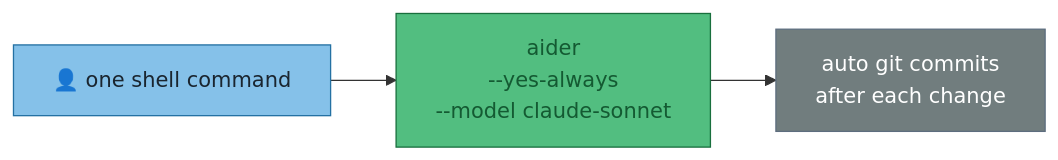
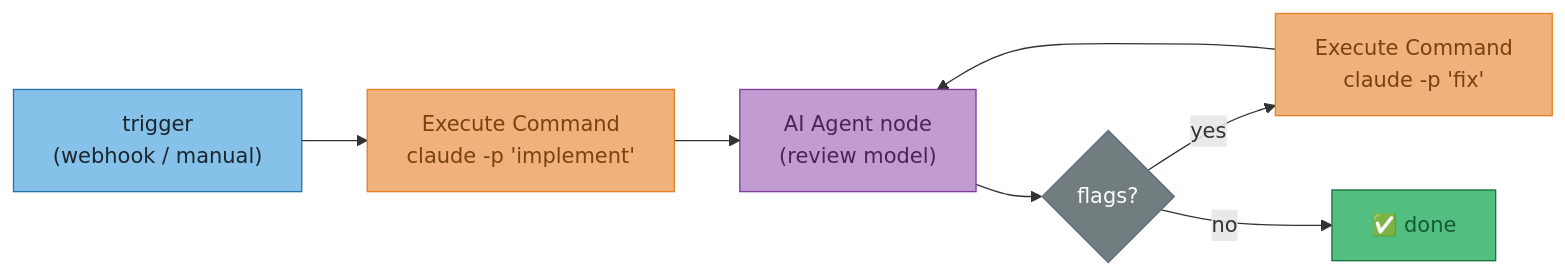
Before and after one commit to joeledwardson/dev-setup: the fifth of 8 diagrams in docs/appendix/adr/001-claude-code-orchestration.md, drawn with Mermaid. The commit also changed other lines of this file, not shown here.

````diff
--- a/docs/appendix/adr/001-claude-code-orchestration.md
+++ b/docs/appendix/adr/001-claude-code-orchestration.md
@@ -115,11 +171,16 @@
 ```mermaid
 flowchart LR
-    H["👤 one shell command"]
-    A["aider\n--yes-always\n--model claude-sonnet"]
-    COMMITS["auto git commits\nafter each change"]
-    H --> A --> COMMITS
+    TR["trigger\n(webhook / manual)"] --> CC["Execute Command\nclaude -p 'implement'"]
+    CC --> RV["AI Agent node\n(review model)"]
+    RV --> BR{"flags?"}
+    BR -->|yes| FX["Execute Command\nclaude -p 'fix'"]
+    FX --> RV
+    BR -->|no| D["✅ done"]
 
-    style H fill:#85c1e9,color:#1a252f,stroke:#2471a3
-    style A fill:#52be80,color:#145a32,stroke:#196f3d
-    style COMMITS fill:#717d7e,color:#fff,stroke:#5d6d7e
+    style TR fill:#85c1e9,color:#1a252f,stroke:#2471a3
+    style CC fill:#f0b27a,color:#784212,stroke:#e67e22
+    style RV fill:#c39bd3,color:#4a235a,stroke:#7d3c98
+    style BR fill:#717d7e,color:#fff,stroke:#5d6d7e
+    style FX fill:#f0b27a,color:#784212,stroke:#e67e22
+    style D fill:#52be80,color:#145a32,stroke:#196f3d
 ```
````
